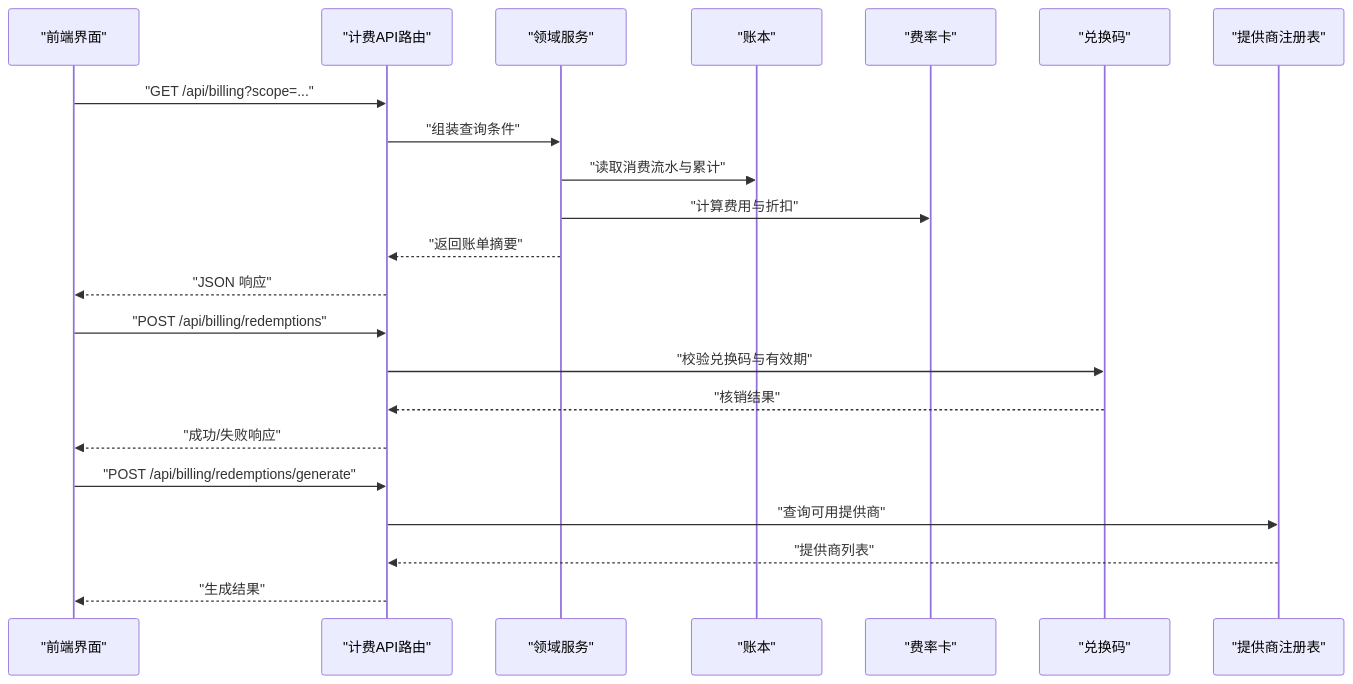
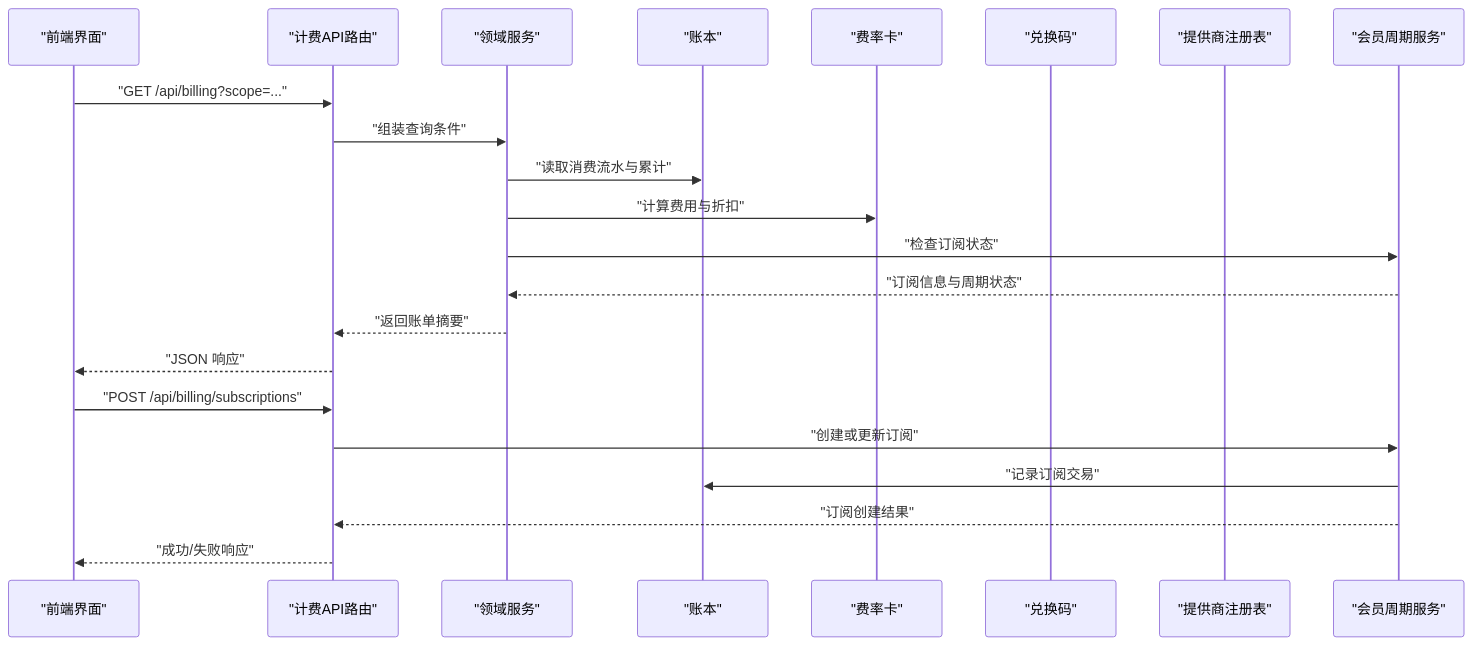
The second of 3 diagrams in .qoder/repowiki/zh/content/项目概述/计费配置/计费配置.md (scottcwy/PurpleInk), drawn with Mermaid before and after one commit. The commit also changed other lines of this file and 48 other files, not shown here.

````diff
--- a/.qoder/repowiki/zh/content/项目概述/计费配置/计费配置.md
+++ b/.qoder/repowiki/zh/content/项目概述/计费配置/计费配置.md
@@ -133,24 +149,24 @@
 ```mermaid
 sequenceDiagram
 participant FE as "前端界面"
 participant API as "计费API路由"
 participant Domain as "领域服务"
 participant Ledger as "账本"
 participant Rate as "费率卡"
 participant Redeem as "兑换码"
 participant Provider as "提供商注册表"
+participant Period as "会员周期服务"
 FE->>API : "GET /api/billing?scope=..."
 API->>Domain : "组装查询条件"
 Domain->>Ledger : "读取消费流水与累计"
 Domain->>Rate : "计算费用与折扣"
+Domain->>Period : "检查订阅状态"
+Period-->>Domain : "订阅信息与周期状态"
 Domain-->>API : "返回账单摘要"
 API-->>FE : "JSON 响应"
-FE->>API : "POST /api/billing/redemptions"
-API->>Redeem : "校验兑换码与有效期"
-Redeem-->>API : "核销结果"
+FE->>API : "POST /api/billing/subscriptions"
+API->>Period : "创建或更新订阅"
+Period->>Ledger : "记录订阅交易"
+Period-->>API : "订阅创建结果"
 API-->>FE : "成功/失败响应"
-FE->>API : "POST /api/billing/redemptions/generate"
-API->>Provider : "查询可用提供商"
-Provider-->>API : "提供商列表"
-API-->>FE : "生成结果"
 ```
````
